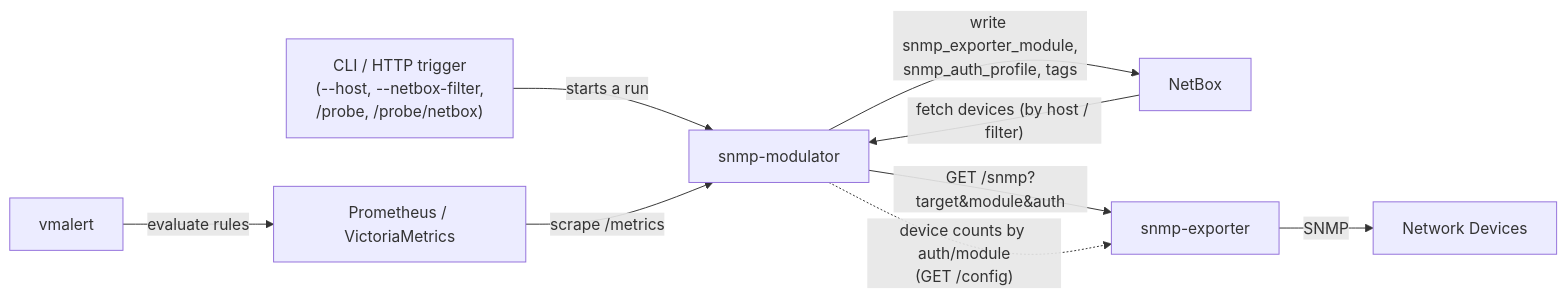
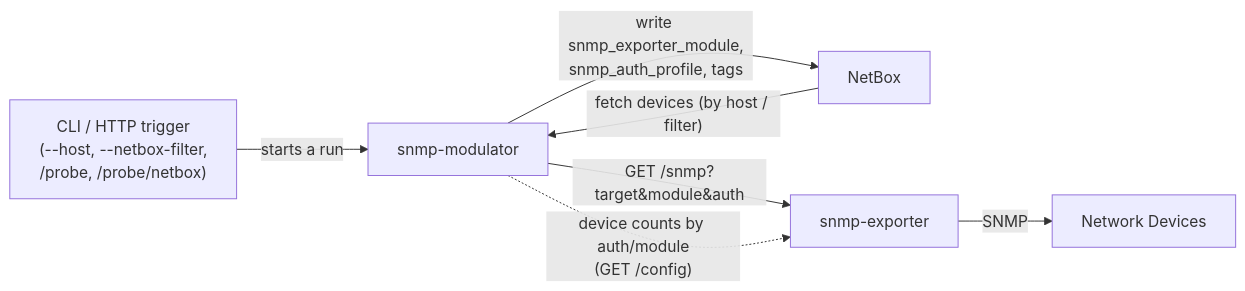
The diagram in README.md (zebbra/snmp-modulator), drawn with Mermaid before and after one commit. The commit also changed other lines of this file and 8 other files, not shown here.

````diff
--- a/README.md
+++ b/README.md
@@ -15,19 +18,15 @@
 ```mermaid
 flowchart LR
     TRIG["CLI / HTTP trigger\n(--host, --netbox-filter,\n/probe, /probe/netbox)"]
     NB["NetBox"]
     MOD["snmp-modulator"]
     SNMP["snmp-exporter"]
     DEV["Network Devices"]
-    PROM["Prometheus / VictoriaMetrics"]
-    ALERT["vmalert"]
 
     TRIG -- "starts a run" --> MOD
     NB -- "fetch devices (by host / filter)" --> MOD
     MOD -- "GET /snmp?target&module&auth" --> SNMP
     SNMP -- SNMP --> DEV
     MOD -- "write snmp_exporter_module,\nsnmp_auth_profile, tags" --> NB
-    PROM -- "scrape /metrics" --> MOD
     MOD -. "device counts by auth/module\n(GET /config)" .-> SNMP
-    ALERT -- "evaluate rules" --> PROM
 ```
````
